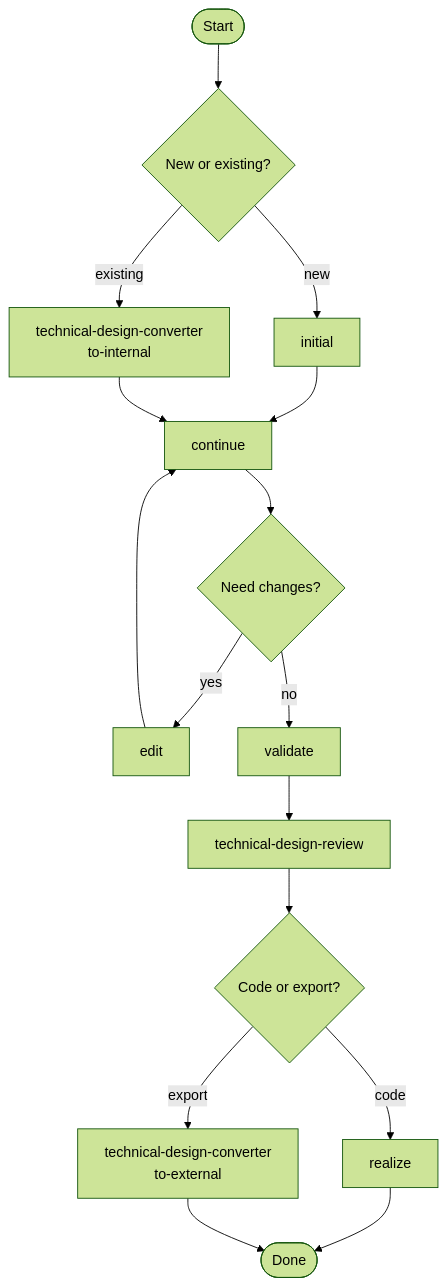
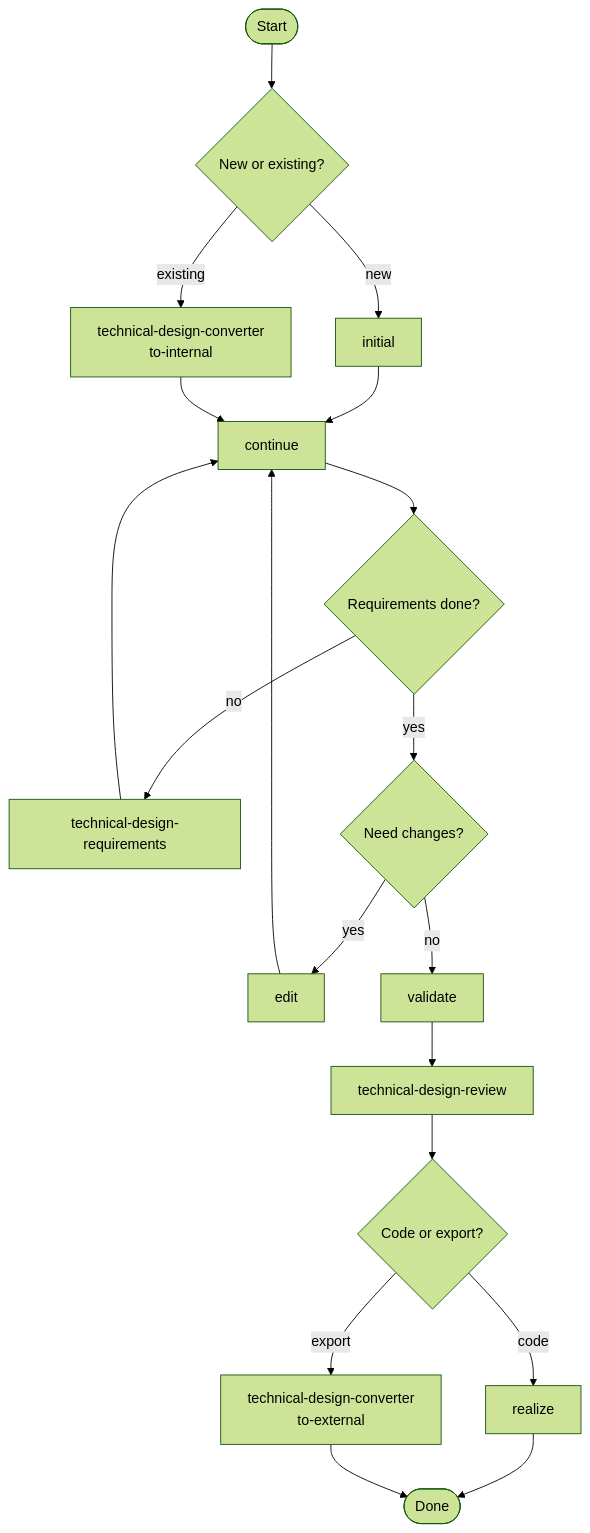
The diagram in README.md (ilsrk/technical-design), drawn with Mermaid (forest theme) before and after one commit. The commit also changed other lines of this file and 4 other files, not shown here.

````diff
--- a/README.md
+++ b/README.md
@@ -14,18 +14,21 @@
 ```mermaid
 flowchart TD
   start([Start]) --> entry{New or existing?}
   entry -->|new| initial[initial]
   entry -->|existing| converterIn[technical-design-converter<br/>to-internal]
   initial --> continue[continue]
   converterIn --> continue
-  continue --> needEdit{Need changes?}
+  continue --> reqDone{Requirements done?}
+  reqDone -->|no| reqSkill[technical-design-requirements]
+  reqSkill --> continue
+  reqDone -->|yes| needEdit{Need changes?}
   needEdit -->|yes| edit[edit]
   edit --> continue
   needEdit -->|no| validate[validate]
   validate --> reviewSkill[technical-design-review]
   reviewSkill --> finish{Code or export?}
   finish -->|code| realize[realize]
   finish -->|export| converterOut[technical-design-converter<br/>to-external]
   realize --> done([Done])
   converterOut --> done
 ```
````
